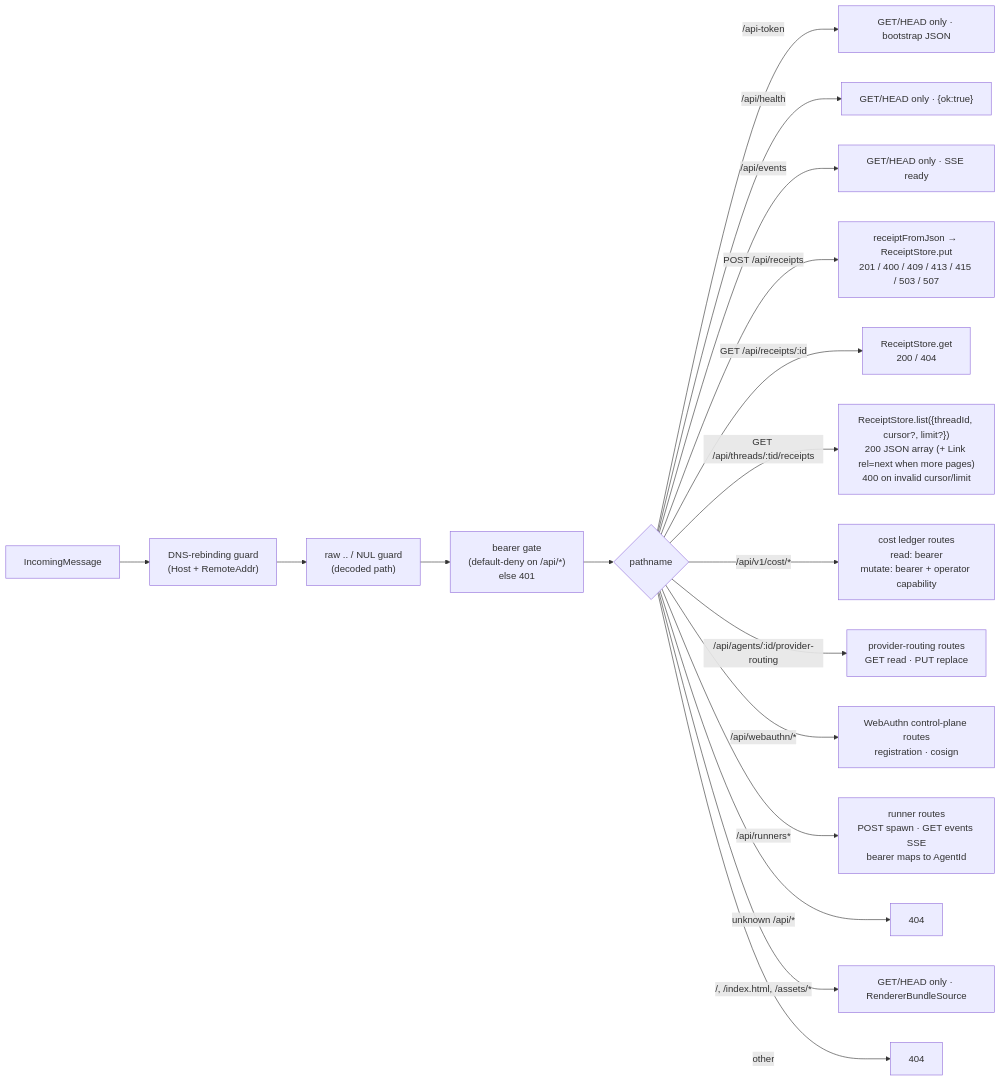
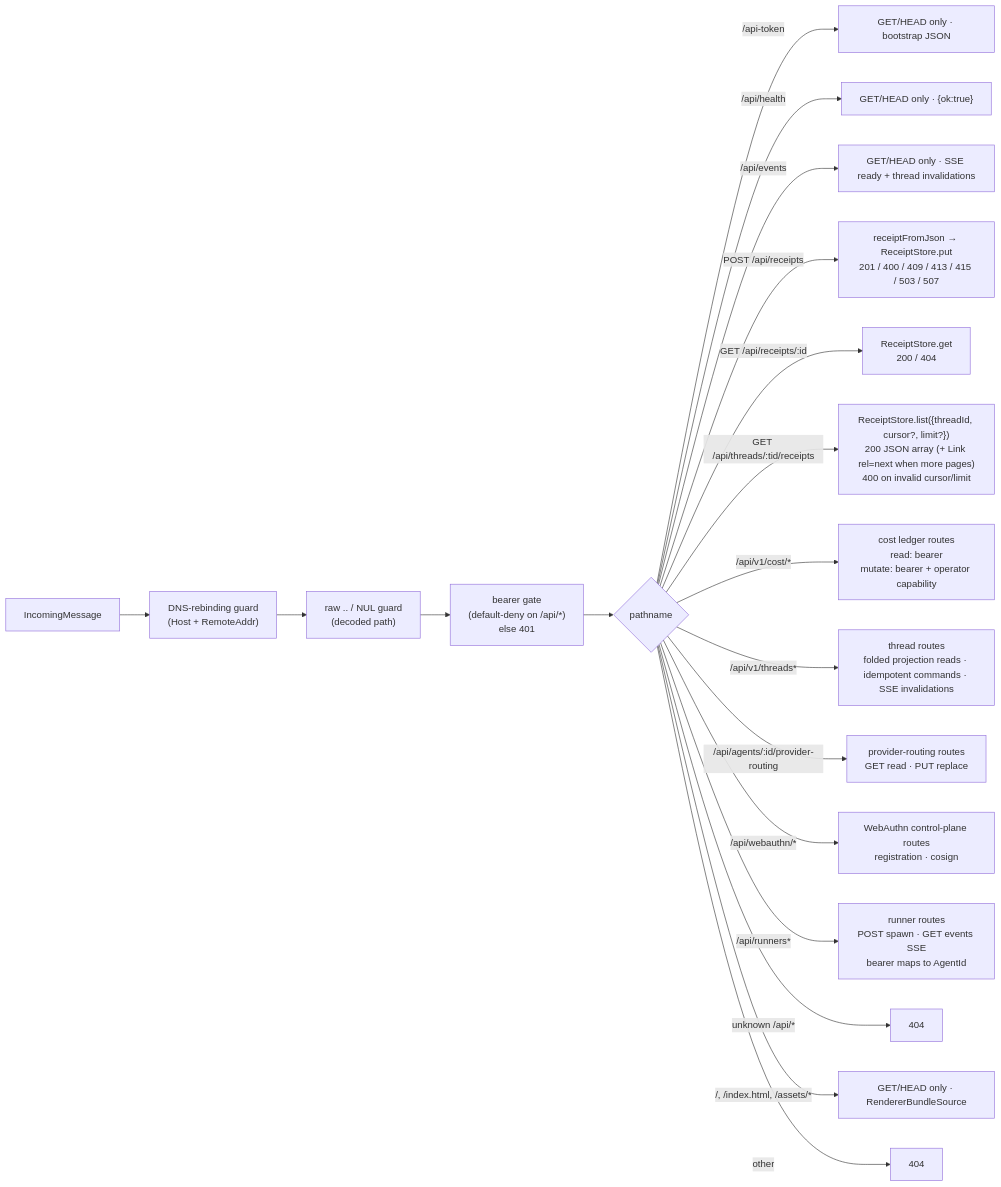
One commit to nex-crm/wuphf changed the diagram in packages/broker/docs/modules/listener.md. Above: the diagram before and after it, drawn with Mermaid. The commit also changed other lines of this file and 19 other files, not shown here.

````diff
--- a/packages/broker/docs/modules/listener.md
+++ b/packages/broker/docs/modules/listener.md
@@ -17,20 +17,21 @@
 ```mermaid
 flowchart LR
   req["IncomingMessage"] --> guard["DNS-rebinding guard<br/>(Host + RemoteAddr)"]
   guard --> traversal["raw .. / NUL guard<br/>(decoded path)"]
   traversal --> auth["bearer gate<br/>(default-deny on /api/*)<br/>else 401"]
   auth --> dispatch{"pathname"}
   dispatch -- "/api-token" --> bootstrap["GET/HEAD only · bootstrap JSON"]
   dispatch -- "/api/health" --> health["GET/HEAD only · {ok:true}"]
-  dispatch -- "/api/events" --> events["GET/HEAD only · SSE ready"]
+  dispatch -- "/api/events" --> events["GET/HEAD only · SSE ready + thread invalidations"]
   dispatch -- "POST /api/receipts" --> create["receiptFromJson → ReceiptStore.put<br/>201 / 400 / 409 / 413 / 415 / 503 / 507"]
   dispatch -- "GET /api/receipts/:id" --> read["ReceiptStore.get<br/>200 / 404"]
   dispatch -- "GET /api/threads/:tid/receipts" --> list["ReceiptStore.list({threadId, cursor?, limit?})<br/>200 JSON array (+ Link rel=next when more pages)<br/>400 on invalid cursor/limit"]
   dispatch -- "/api/v1/cost/*" --> cost["cost ledger routes<br/>read: bearer<br/>mutate: bearer + operator capability"]
+  dispatch -- "/api/v1/threads*" --> threads["thread routes<br/>folded projection reads · idempotent commands · SSE invalidations"]
   dispatch -- "/api/agents/:id/provider-routing" --> routing["provider-routing routes<br/>GET read · PUT replace"]
   dispatch -- "/api/webauthn/*" --> webauthn["WebAuthn control-plane routes<br/>registration · cosign"]
   dispatch -- "/api/runners*" --> runners["runner routes<br/>POST spawn · GET events SSE<br/>bearer maps to AgentId"]
   dispatch -- "unknown /api/*" --> apinotfound["404"]
   dispatch -- "/, /index.html, /assets/*" --> static["GET/HEAD only · RendererBundleSource"]
   dispatch -- "other" --> notfound["404"]
 ```
````
